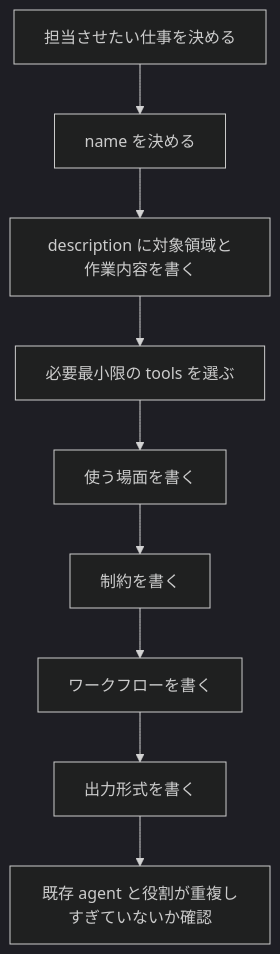
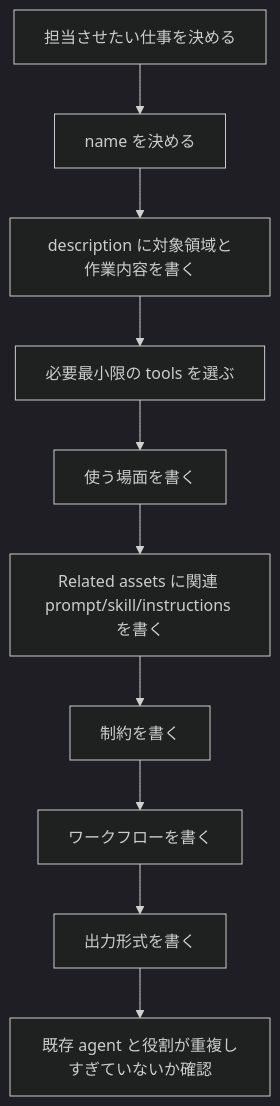
The second of 2 diagrams in eçverything-claude-code/.github/agents/README.md (k-iizuka000/copilot-sample), drawn with Mermaid (dark theme) before and after one commit. The commit also changed other lines of this file and 45 other files, not shown here.

````diff
--- a/eçverything-claude-code/.github/agents/README.md
+++ b/eçverything-claude-code/.github/agents/README.md
@@ -160,11 +187,12 @@
 ```mermaid
 flowchart TD
     A[担当させたい仕事を決める] --> B[name を決める]
     B --> C[description に対象領域と作業内容を書く]
     C --> D[必要最小限の tools を選ぶ]
     D --> E[使う場面を書く]
-    E --> F[制約を書く]
-    F --> G[ワークフローを書く]
-    G --> H[出力形式を書く]
-    H --> I[既存 agent と役割が重複しすぎていないか確認]
+    E --> F[Related assets に関連 prompt/skill/instructions を書く]
+    F --> G[制約を書く]
+    G --> H[ワークフローを書く]
+    H --> I[出力形式を書く]
+    I --> J[既存 agent と役割が重複しすぎていないか確認]
 ```
````
